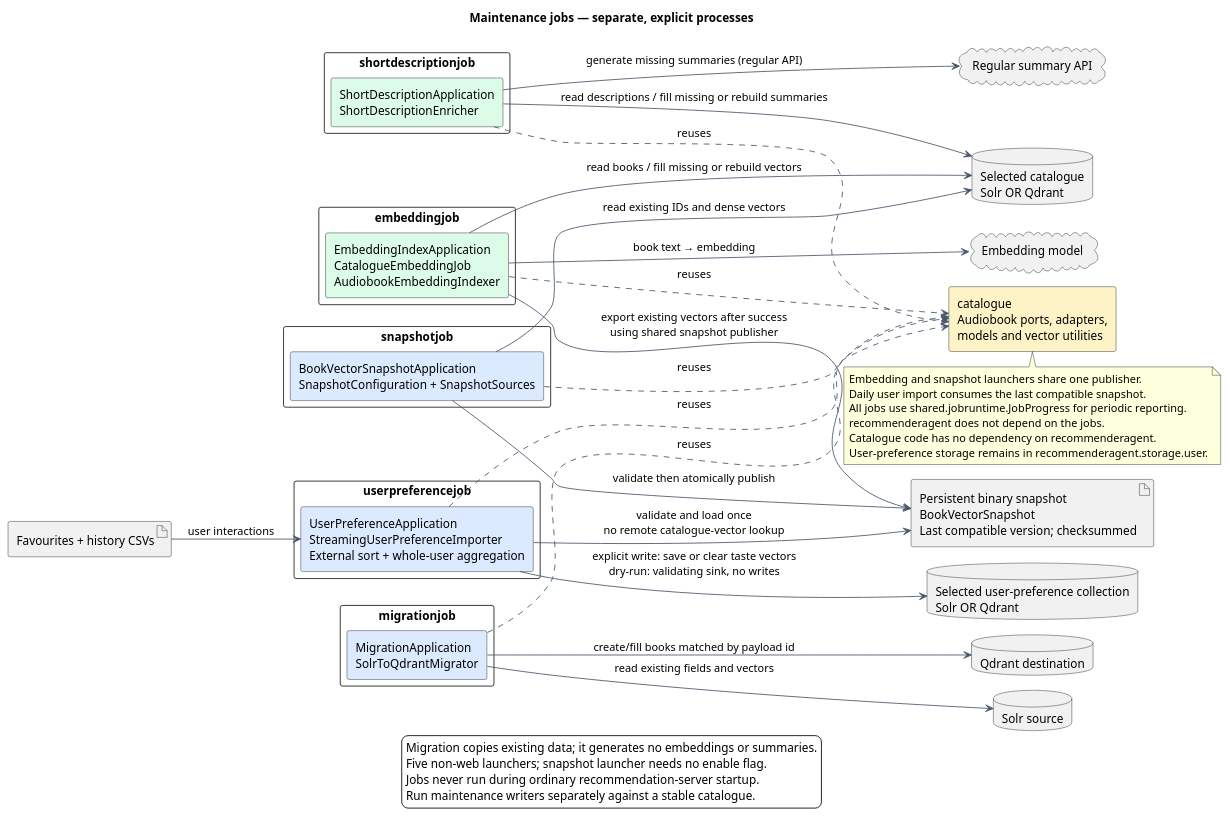
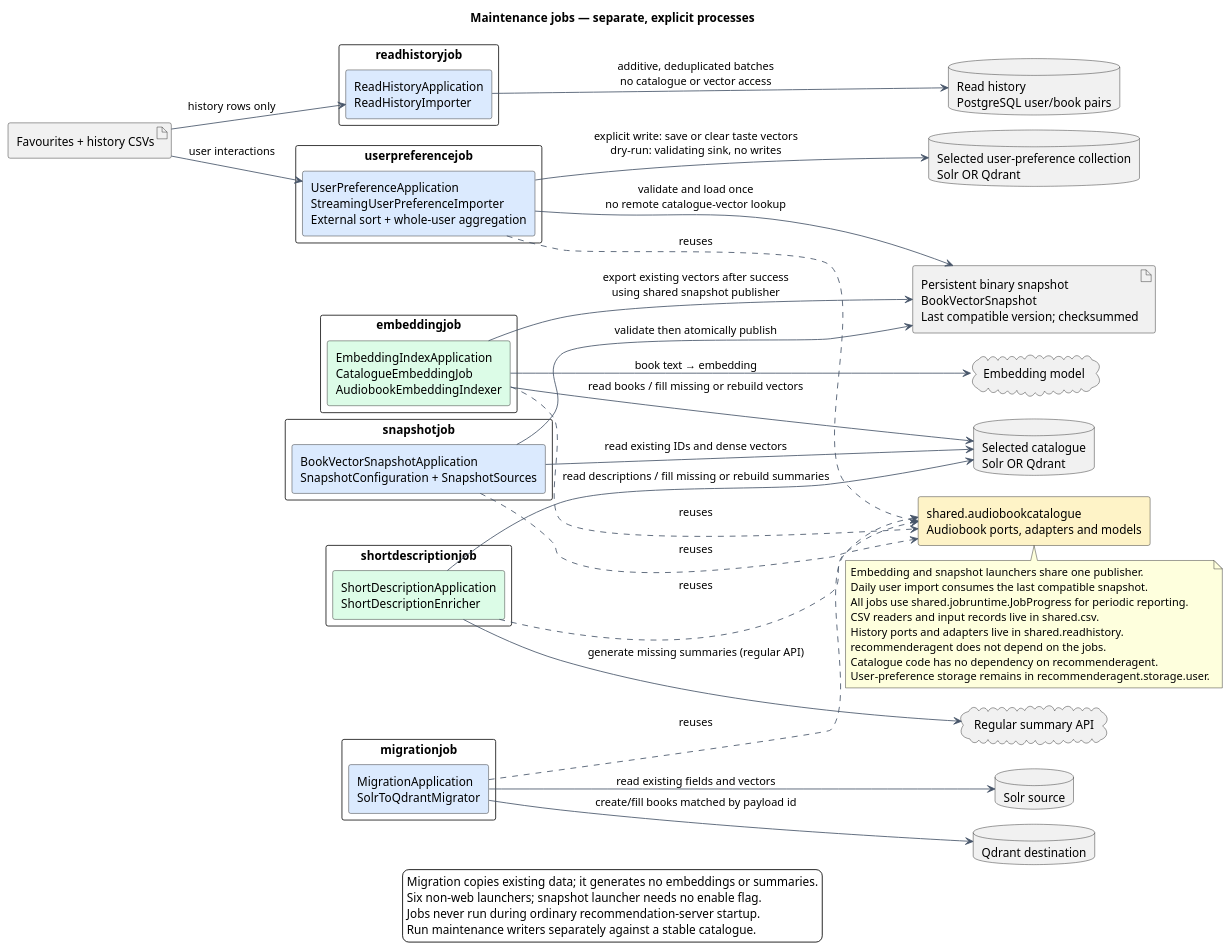
Before and after one commit to Juliu9/IT-Project: the diagram in docs/diagrams/maintenance-jobs.puml, drawn with PlantUML. The commit also changed 215 other files, not shown here.

First line of the commit message:
Add persistent read-history exclusions

```diff
--- a/docs/diagrams/maintenance-jobs.puml
+++ b/docs/diagrams/maintenance-jobs.puml
@@ -1,70 +1,78 @@
 @startuml
 !pragma layout smetana
 title Maintenance jobs — separate, explicit processes
 left to right direction
 skinparam backgroundColor #FFFFFF
 skinparam shadowing false
 skinparam componentStyle rectangle
 skinparam packageStyle rectangle
 skinparam defaultFontName SansSerif
 skinparam ArrowColor #475569
 
 package "embeddingjob" {
   component "EmbeddingIndexApplication\nCatalogueEmbeddingJob\nAudiobookEmbeddingIndexer" as Embedding #DCFCE7
 }
 package "shortdescriptionjob" {
   component "ShortDescriptionApplication\nShortDescriptionEnricher" as Summary #DCFCE7
 }
 package "migrationjob" {
   component "MigrationApplication\nSolrToQdrantMigrator" as Migration #DBEAFE
 }
 package "userpreferencejob" {
   component "UserPreferenceApplication\nStreamingUserPreferenceImporter\nExternal sort + whole-user aggregation" as Preferences #DBEAFE
 }
 package "snapshotjob" {
   component "BookVectorSnapshotApplication\nSnapshotConfiguration + SnapshotSources" as Snapshot #DBEAFE
 }
-component "catalogue\nAudiobook ports, adapters,\nmodels and vector utilities" as Shared #FEF3C7
+package "readhistoryjob" {
+  component "ReadHistoryApplication\nReadHistoryImporter" as History #DBEAFE
+}
+database "Read history\nPostgreSQL user/book pairs" as ReadHistoryStore
+component "shared.audiobookcatalogue\nAudiobook ports, adapters and models" as Shared #FEF3C7
 database "Selected catalogue\nSolr OR Qdrant" as Catalogue
 database "Solr source" as SolrSource
 database "Qdrant destination" as QdrantTarget
 database "Selected user-preference collection\nSolr OR Qdrant" as UserStore
 artifact "Persistent binary snapshot\nBookVectorSnapshot\nLast compatible version; checksummed" as LocalSnapshot
 artifact "Favourites + history CSVs" as CSV
 cloud "Embedding model" as EmbeddingModel
 cloud "Regular summary API" as SummaryModel
 
 Embedding ..> Shared : reuses
 Summary ..> Shared : reuses
 Migration ..> Shared : reuses
 Preferences ..> Shared : reuses
 Snapshot ..> Shared : reuses
 
 Embedding --> Catalogue : read books / fill missing or rebuild vectors
 Embedding --> EmbeddingModel : book text → embedding
 Embedding --> LocalSnapshot : export existing vectors after success\nusing shared snapshot publisher
 Snapshot --> Catalogue : read existing IDs and dense vectors
 Snapshot --> LocalSnapshot : validate then atomically publish
 Summary --> Catalogue : read descriptions / fill missing or rebuild summaries
 Summary --> SummaryModel : generate missing summaries (regular API)
 Migration --> SolrSource : read existing fields and vectors
 Migration --> QdrantTarget : create/fill books matched by payload id
 CSV --> Preferences : user interactions
+CSV --> History : history rows only
+History --> ReadHistoryStore : additive, deduplicated batches\nno catalogue or vector access
 Preferences --> LocalSnapshot : validate and load once\nno remote catalogue-vector lookup
 Preferences --> UserStore : explicit write: save or clear taste vectors\ndry-run: validating sink, no writes
 
 note bottom of Shared
   Embedding and snapshot launchers share one publisher.
   Daily user import consumes the last compatible snapshot.
   All jobs use shared.jobruntime.JobProgress for periodic reporting.
+  CSV readers and input records live in shared.csv.
+  History ports and adapters live in shared.readhistory.
   recommenderagent does not depend on the jobs.
   Catalogue code has no dependency on recommenderagent.
   User-preference storage remains in recommenderagent.storage.user.
 end note
 legend bottom
   Migration copies existing data; it generates no embeddings or summaries.
-  Five non-web launchers; snapshot launcher needs no enable flag.
+  Six non-web launchers; snapshot launcher needs no enable flag.
   Jobs never run during ordinary recommendation-server startup.
   Run maintenance writers separately against a stable catalogue.
 endlegend
 @enduml
```
